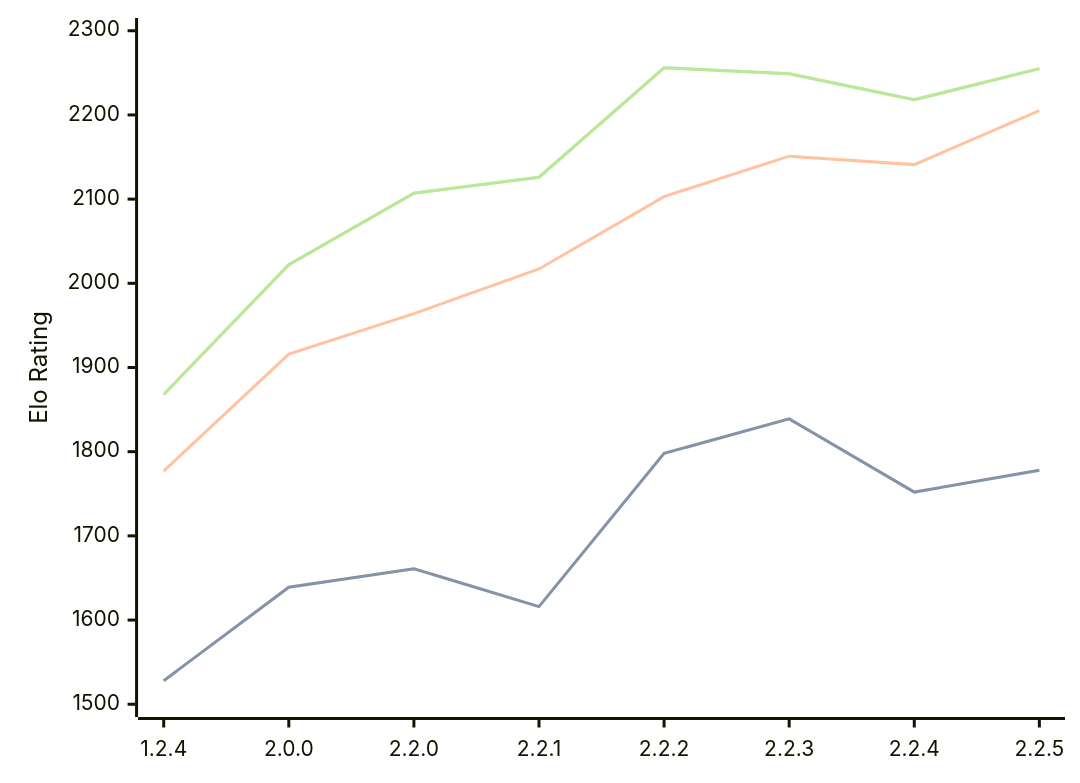
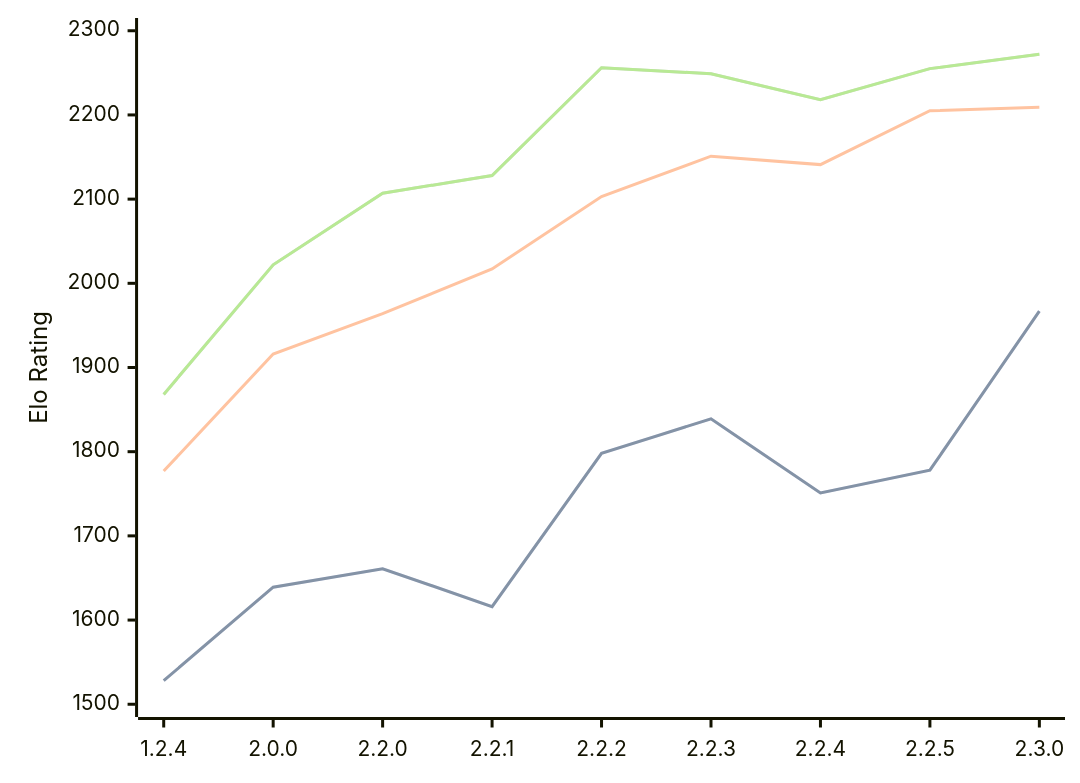
One commit to computer-chess-index/cci changed the diagram in engines/Kreveta.md. Above: the diagram before and after it, drawn with Mermaid. The commit also changed other lines of this file, not shown here.

Commit message:
Update CCI Ratings (ELO VLTC) - 2026-04-21

````diff
--- a/engines/Kreveta.md
+++ b/engines/Kreveta.md
@@ -42,11 +42,11 @@
 ```mermaid
 %%{init: {"theme":"base","themeVariables":{"seriesColors:['#a3a3a3','#222221','#faa371']}}}%%
 xychart-beta
-  x-axis ["1.2.4", "2.0.0", "2.2.0", "2.2.1", "2.2.2", "2.2.3", "2.2.4", "2.2.5"]
+  x-axis ["1.2.4", "2.0.0", "2.2.0", "2.2.1", "2.2.2", "2.2.3", "2.2.4", "2.2.5", "2.3.0"]
   y-axis "Elo Rating" 1500 --> 2300
-  line "STC (8.0+0.08s)" [1528, 1639, 1661, 1616, 1798, 1839, 1752, 1778]
-  line "STC (8.0+0.08s)" [1528, 1639, 1661, 1616, 1798, 1839, 1752, 1778]
-  line "LTC (60.0+0.60s)" [1777, 1916, 1964, 2017, 2103, 2151, 2141, 2205]
-  line "VLTC (2m24s+1.12s)" [1868, 2022, 2107, 2126, 2256, 2249, 2218, 2255]
-  line "VLTC (2m24s+1.12s)" [1868, 2022, 2107, 2126, 2256, 2249, 2218, 2255]
+  line "STC (8.0+0.08s)" [1528, 1639, 1661, 1616, 1798, 1839, 1751, 1778, 1967]
+  line "STC (8.0+0.08s)" [1528, 1639, 1661, 1616, 1798, 1839, 1751, 1778, 1967]
+  line "LTC (60.0+0.60s)" [1777, 1916, 1964, 2017, 2103, 2151, 2141, 2205, 2209]
+  line "VLTC (2m24s+1.12s)" [1868, 2022, 2107, 2128, 2256, 2249, 2218, 2255, 2272]
+  line "VLTC (2m24s+1.12s)" [1868, 2022, 2107, 2128, 2256, 2249, 2218, 2255, 2272]
 ```
````
